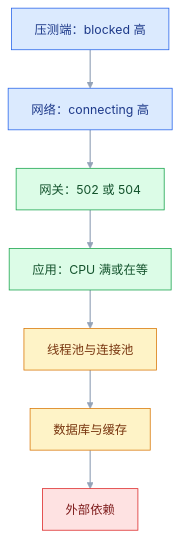
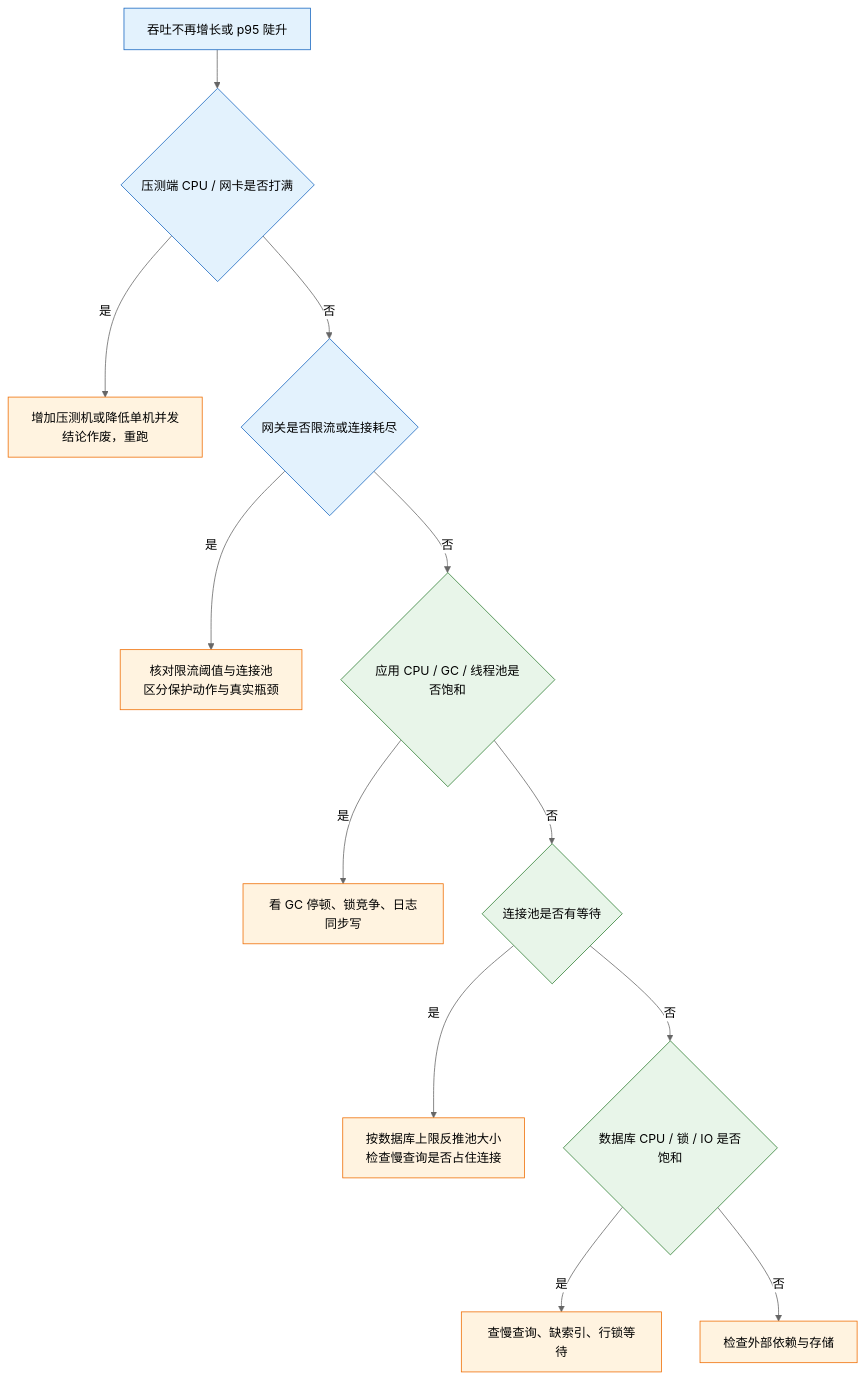
Before and after one commit to jimbosuper/studynotes: the fourth of 4 diagrams in blog/src/notes/06-测试/04-专项测试/01-性能测试.md, drawn with Mermaid (neutral theme). The commit also changed other lines of this file and 367 other files, not shown here.

````diff
--- a/blog/src/notes/06-测试/04-专项测试/01-性能测试.md
+++ b/blog/src/notes/06-测试/04-专项测试/01-性能测试.md
@@ -726,15 +645,20 @@
 ```mermaid
 flowchart TD
-    classDef client fill:#DBEAFE,stroke:#2563EB,color:#1E3A8A
-    classDef service fill:#DCFCE7,stroke:#16A34A,color:#14532D
-    classDef data fill:#FEF3C7,stroke:#D97706,color:#78350F
-    classDef danger fill:#FEE2E2,stroke:#DC2626,color:#7F1D1D
-
-    A["压测端：blocked 高"]:::client --> B["网络：connecting 高"]:::client
-    B --> C["网关：502 或 504"]:::service
-    C --> D["应用：CPU 满或在等"]:::service
-    D --> E["线程池与连接池"]:::data
-    E --> F["数据库与缓存"]:::data
-    F --> G["外部依赖"]:::danger
-    linkStyle default stroke:#94A3B8,stroke-width:1.5px
+    A["吞吐不再增长或 p95 陡升"] --> B{"压测端 CPU / 网卡是否打满"}
+    B -->|"是"| B1["增加压测机或降低单机并发<br/>结论作废，重跑"]
+    B -->|"否"| C{"网关是否限流或连接耗尽"}
+    C -->|"是"| C1["核对限流阈值与连接池<br/>区分保护动作与真实瓶颈"]
+    C -->|"否"| D{"应用 CPU / GC / 线程池是否饱和"}
+    D -->|"是"| D1["看 GC 停顿、锁竞争、日志同步写"]
+    D -->|"否"| E{"连接池是否有等待"}
+    E -->|"是"| E1["按数据库上限反推池大小<br/>检查慢查询是否占住连接"]
+    E -->|"否"| F{"数据库 CPU / 锁 / IO 是否饱和"}
+    F -->|"是"| F1["查慢查询、缺索引、行锁等待"]
+    F -->|"否"| G["检查外部依赖与存储"]
+    classDef client fill:#e3f2fd,stroke:#1565c0;
+    classDef engine fill:#e8f5e9,stroke:#2e7d32;
+    classDef image fill:#fff3e0,stroke:#ef6c00;
+    class A,B,C client
+    class D,E,F engine
+    class B1,C1,D1,E1,F1,G image
 ```
````
